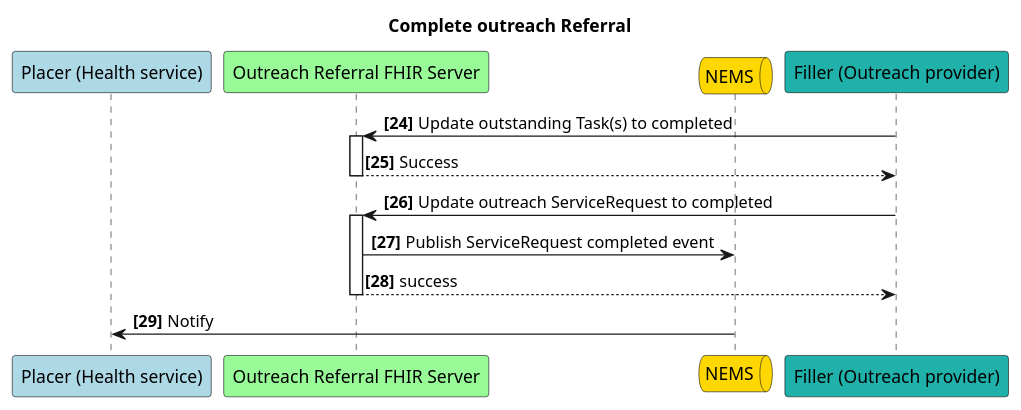
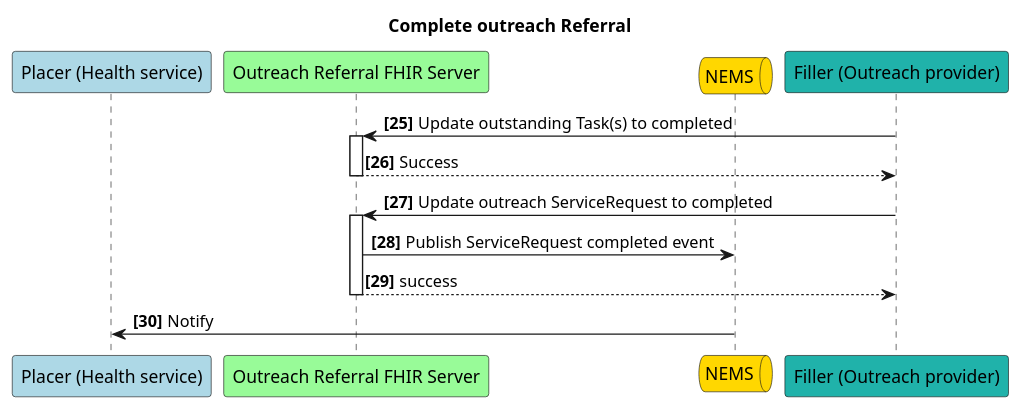
One commit to tewhatuora/cinc-fhir-ig changed the diagram in input/images-source/outreach-complete-outreach-referral.plantuml. Above: the diagram before and after it, drawn with PlantUML. The commit also changed 3 other files, not shown here.

Commit message:
more sequence diagram updates

```diff
--- a/input/images-source/outreach-complete-outreach-referral.plantuml
+++ b/input/images-source/outreach-complete-outreach-referral.plantuml
@@ -1,18 +1,18 @@
 @startuml
-autonumber 24 "<b>[00]"
+autonumber 25 "<b>[00]"
 Participant "Placer (Health service)" as p #lightblue
 participant "Outreach Referral FHIR Server" as s #palegreen
 queue "NEMS" as n #gold
 Participant "Filler (Outreach provider)" as f #LightSeaGreen
 
 title Complete outreach Referral
 
 f -> s++: Update outstanding Task(s) to completed
 return Success
 
 f -> s++: Update outreach ServiceRequest to completed
 s -> n: Publish ServiceRequest completed event
 return success
 n -> p: Notify
 
 @enduml
```
